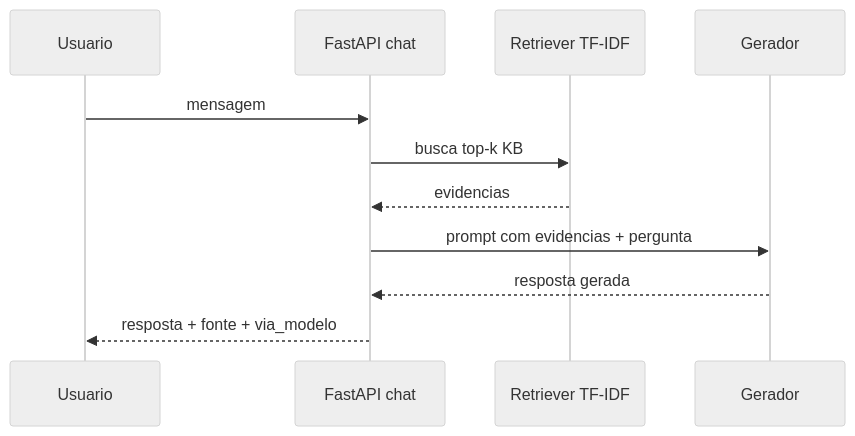
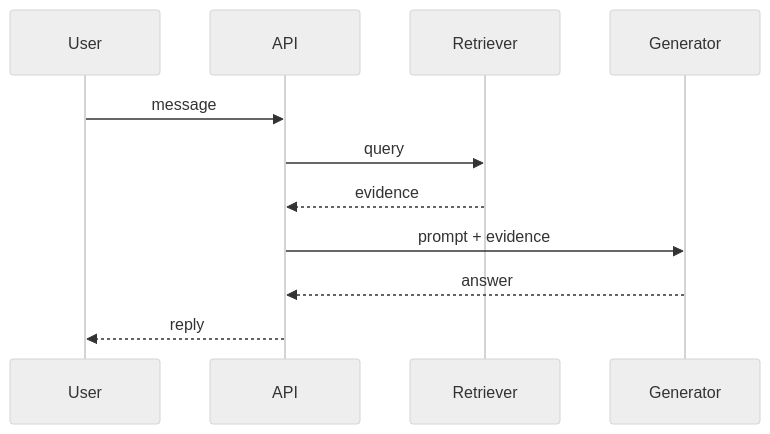
One commit to tamaraporf/-POC-chatbot changed the second of 4 diagrams in docs/ARCHITECTURE_AND_PIPELINE.md. Above: the diagram before and after it, drawn with Mermaid (neutral theme). The commit also changed other lines of this file, not shown here.

Commit message:
ajusta diagramas

````diff
--- a/docs/ARCHITECTURE_AND_PIPELINE.md
+++ b/docs/ARCHITECTURE_AND_PIPELINE.md
@@ -40,13 +42,13 @@
 ```mermaid
 sequenceDiagram
-    participant U as Usuario
-    participant A as FastAPI chat
-    participant R as Retriever TF-IDF
-    participant G as Gerador
-    U->>A: mensagem
-    A->>R: busca top-k KB
-    R-->>A: evidencias
-    A->>G: prompt com evidencias + pergunta
-    G-->>A: resposta gerada
-    A-->>U: resposta + fonte + via_modelo
+    participant U as User
+    participant API as API
+    participant RET as Retriever
+    participant GEN as Generator
+    U->>API: message
+    API->>RET: query
+    RET-->>API: evidence
+    API->>GEN: prompt + evidence
+    GEN-->>API: answer
+    API-->>U: reply
 ```
````
